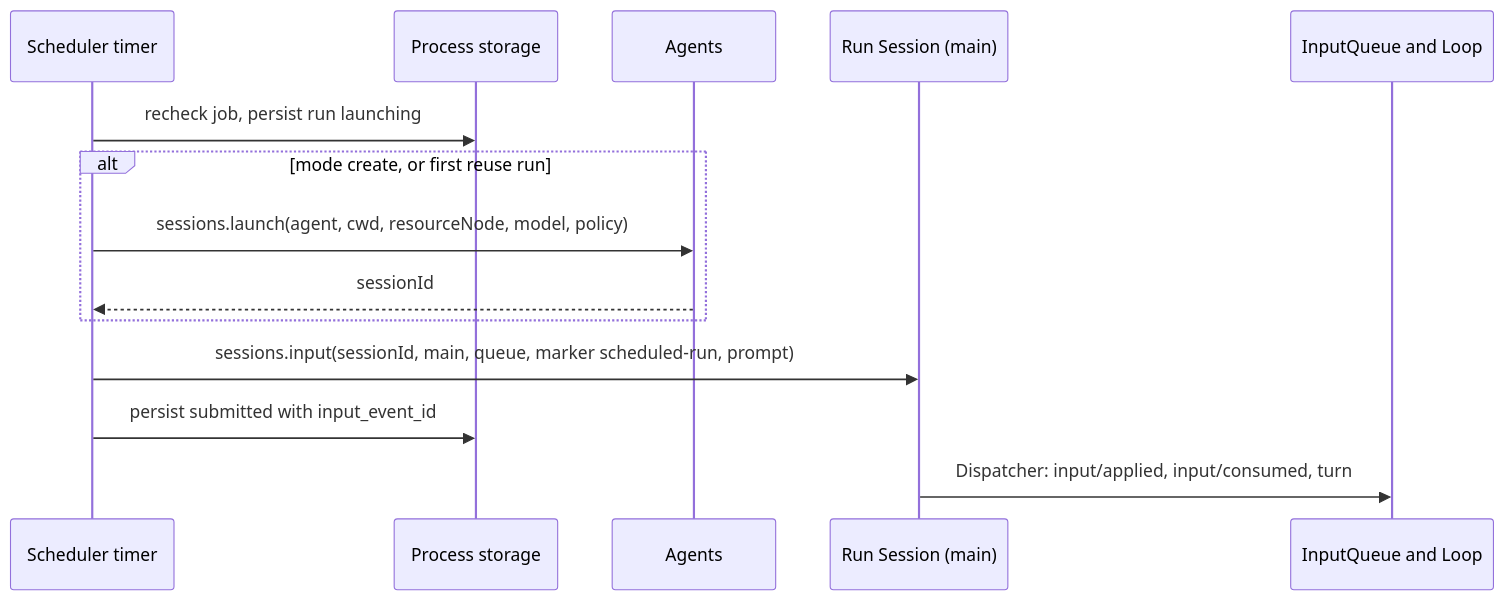
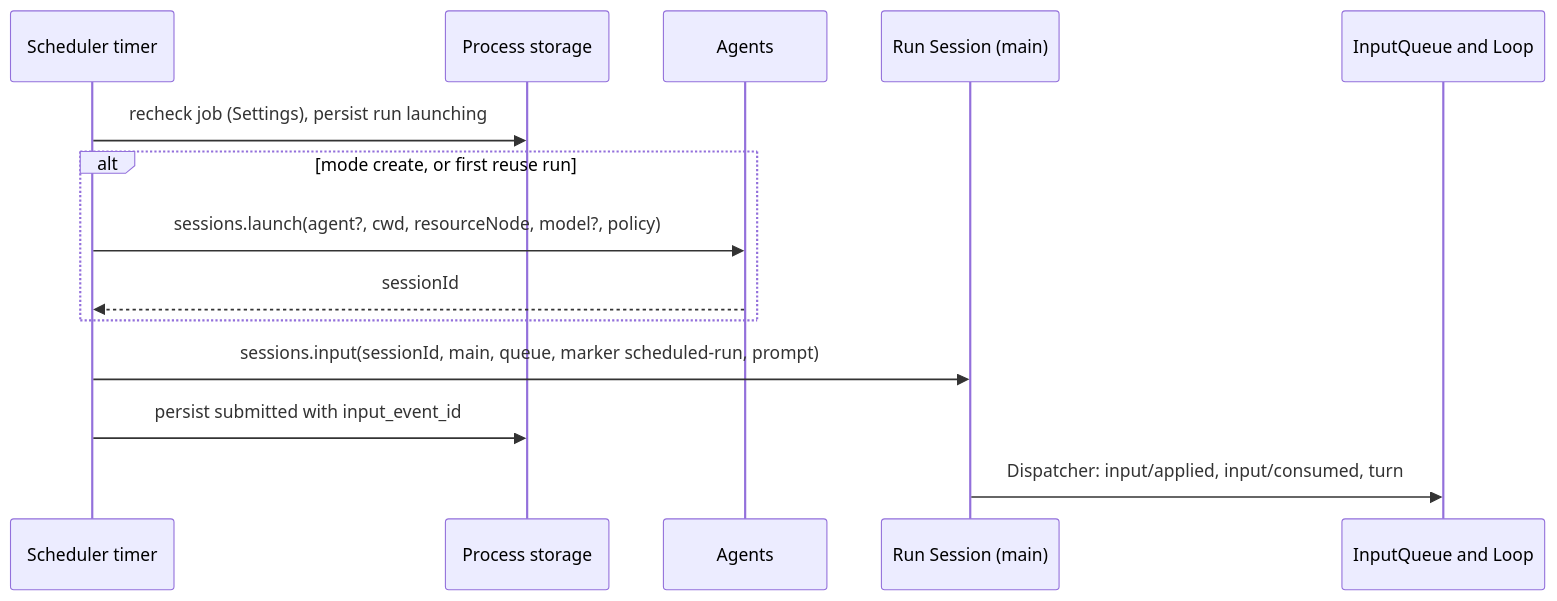
One commit to CoutinhoTTS/dim-agent changed the third of 6 diagrams in docs/design/plugins/Scheduler.md. Above: the diagram before and after it, drawn with Mermaid. The commit also changed other lines of this file and 40 other files, not shown here.

````diff
--- a/docs/design/plugins/Scheduler.md
+++ b/docs/design/plugins/Scheduler.md
@@ -84,16 +90,16 @@
 ```mermaid
 sequenceDiagram
   participant T as Scheduler timer
   participant ST as Process storage
   participant AG as Agents
   participant S as Run Session (main)
   participant IQ as InputQueue and Loop
-  T->>ST: recheck job, persist run launching
+  T->>ST: recheck job (Settings), persist run launching
   alt mode create, or first reuse run
-    T->>AG: sessions.launch(agent, cwd, resourceNode, model, policy)
+    T->>AG: sessions.launch(agent?, cwd, resourceNode, model?, policy)
     AG-->>T: sessionId
   end
   T->>S: sessions.input(sessionId, main, queue, marker scheduled-run, prompt)
   T->>ST: persist submitted with input_event_id
   S->>IQ: Dispatcher: input/applied, input/consumed, turn
 ```
````
